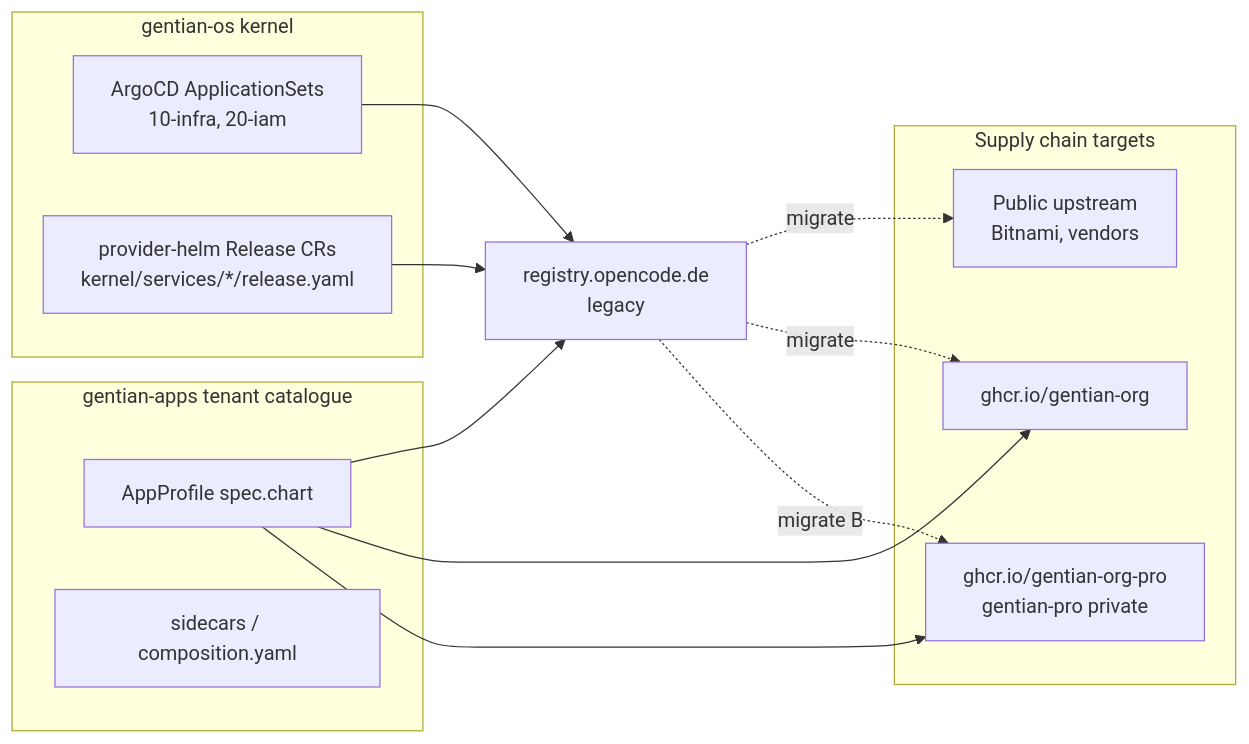
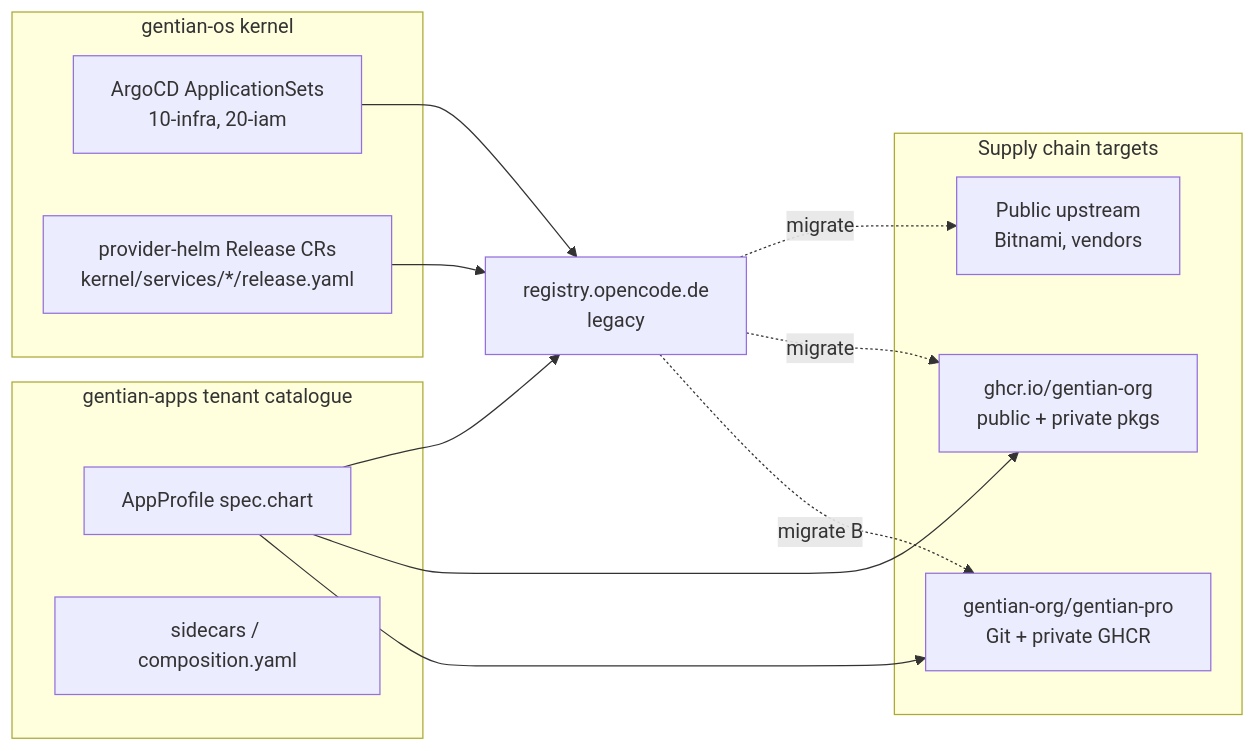
One commit to gentian-org/gentian-os changed the first of 2 diagrams in docs/upstream-cleanup.md. Above: the diagram before and after it, drawn with Mermaid. The commit also changed other lines of this file and 29 other files, not shown here.

````diff
--- a/docs/upstream-cleanup.md
+++ b/docs/upstream-cleanup.md
@@ -100,26 +135,26 @@
 ```mermaid
 flowchart LR
   subgraph kernel ["gentian-os kernel"]
     AS["ArgoCD ApplicationSets<br/>10-infra, 20-iam"]
     PH["provider-helm Release CRs<br/>kernel/services/*/release.yaml"]
   end
   subgraph apps ["gentian-apps tenant catalogue"]
     AP["AppProfile spec.chart"]
     SC["sidecars / composition.yaml"]
   end
   subgraph supply ["Supply chain targets"]
     PUB["Public upstream<br/>Bitnami, vendors"]
-    GHCR["ghcr.io/gentian-org"]
-    PRO["ghcr.io/gentian-org-pro<br/>gentian-pro private"]
+    GHCR["ghcr.io/gentian-org<br/>public + private pkgs"]
+    PRO["gentian-org/gentian-pro<br/>Git + private GHCR"]
   end
   REG["registry.opencode.de<br/>legacy"]
 
   AS --> REG
   PH --> REG
   AP --> REG
   AP --> GHCR
   AP --> PRO
   REG -.->|migrate| PUB
   REG -.->|migrate| GHCR
   REG -.->|migrate B| PRO
 ```
````
